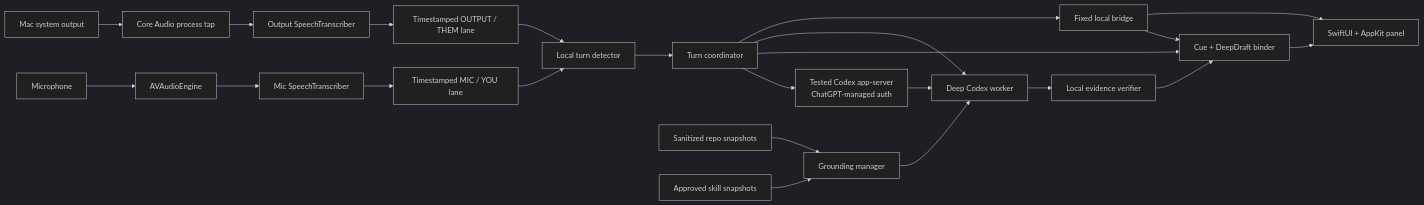
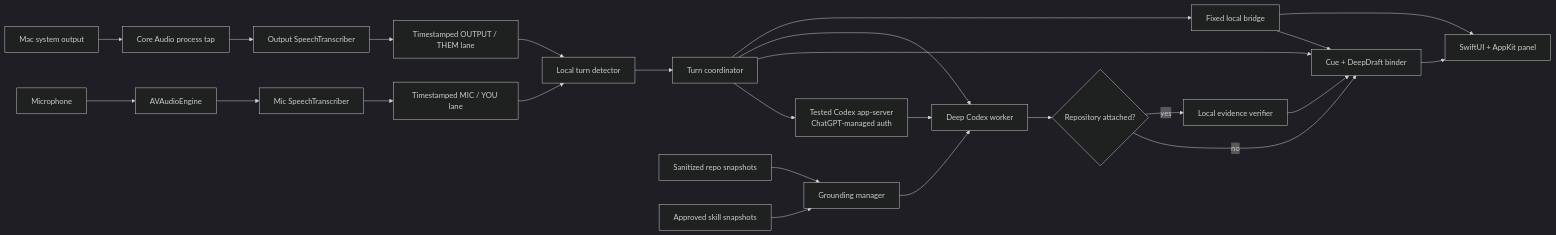
One commit to mo-sharif/ChirpCue changed the diagram in CODEX_MEETING_COPILOT_SPEC.md. Above: the diagram before and after it, drawn with Mermaid (dark theme). The commit also changed other lines of this file and 58 other files, not shown here.

````diff
--- a/CODEX_MEETING_COPILOT_SPEC.md
+++ b/CODEX_MEETING_COPILOT_SPEC.md
@@ -163,28 +164,30 @@
 ```mermaid
 flowchart LR
     SYS["Mac system output"] --> TAP["Core Audio process tap"]
     MIC["Microphone"] --> AVE["AVAudioEngine"]
     TAP --> RASR["Output SpeechTranscriber"]
     AVE --> LASR["Mic SpeechTranscriber"]
     RASR --> TL["Timestamped OUTPUT / THEM lane"]
     LASR --> YL["Timestamped MIC / YOU lane"]
     TL --> TD["Local turn detector"]
     YL --> TD
     TD --> COORD["Turn coordinator"]
 
     COORD --> CUE["Fixed local bridge"]
     COORD --> D["Deep Codex worker"]
     COORD --> BIND["Cue + DeepDraft binder"]
     CUE --> UI["SwiftUI + AppKit panel"]
     CUE --> BIND
 
     GM["Grounding manager"] --> D
     REPO["Sanitized repo snapshots"] --> GM
     SKILLS["Approved skill snapshots"] --> GM
-    D --> VERIFY["Local evidence verifier"]
+    D --> MODE{"Repository attached?"}
+    MODE -->|"yes"| VERIFY["Local evidence verifier"]
+    MODE -->|"no"| BIND
     VERIFY --> BIND
     BIND --> UI
 
     AS["Tested Codex app-server<br/>ChatGPT-managed auth"] --> D
     COORD --> AS
 ```
````
